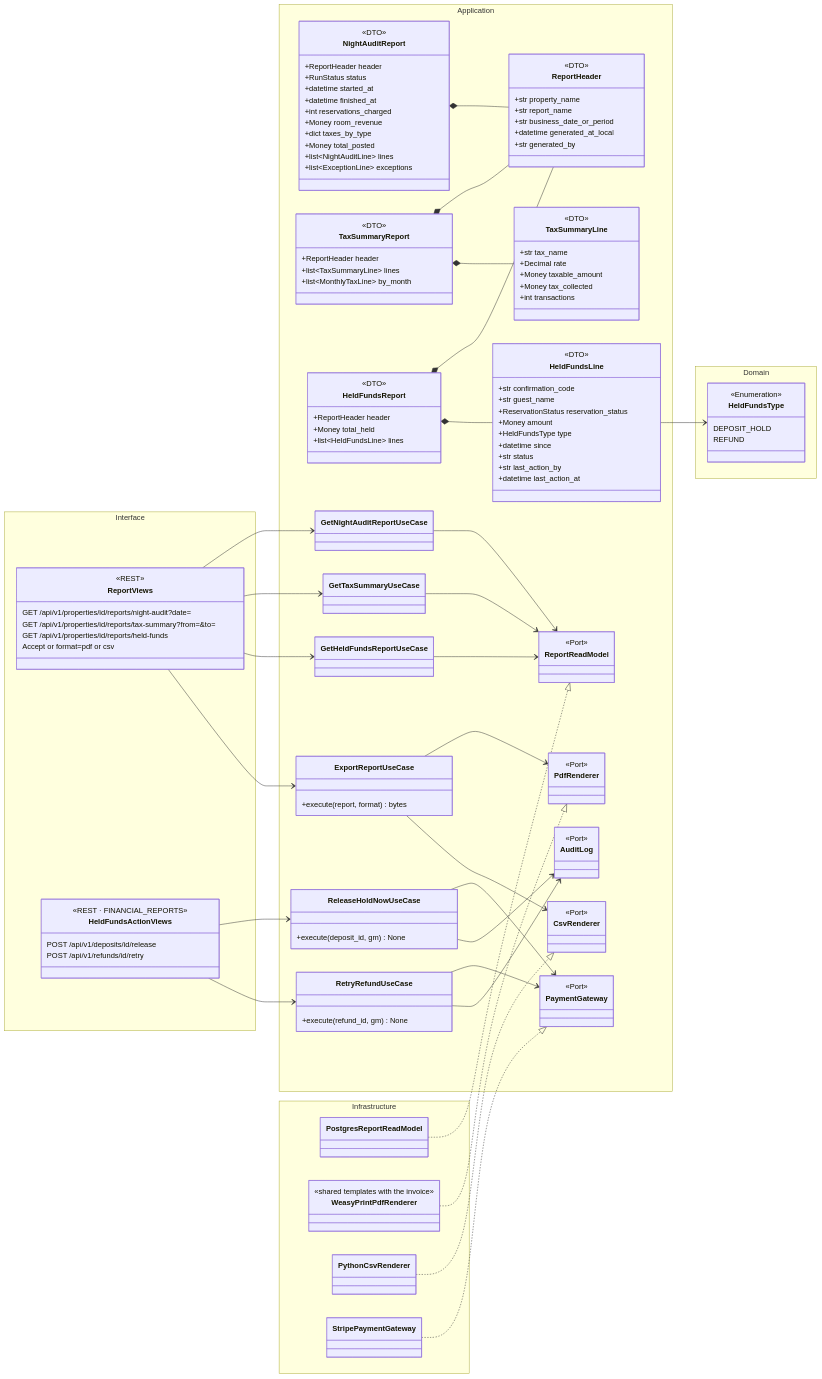
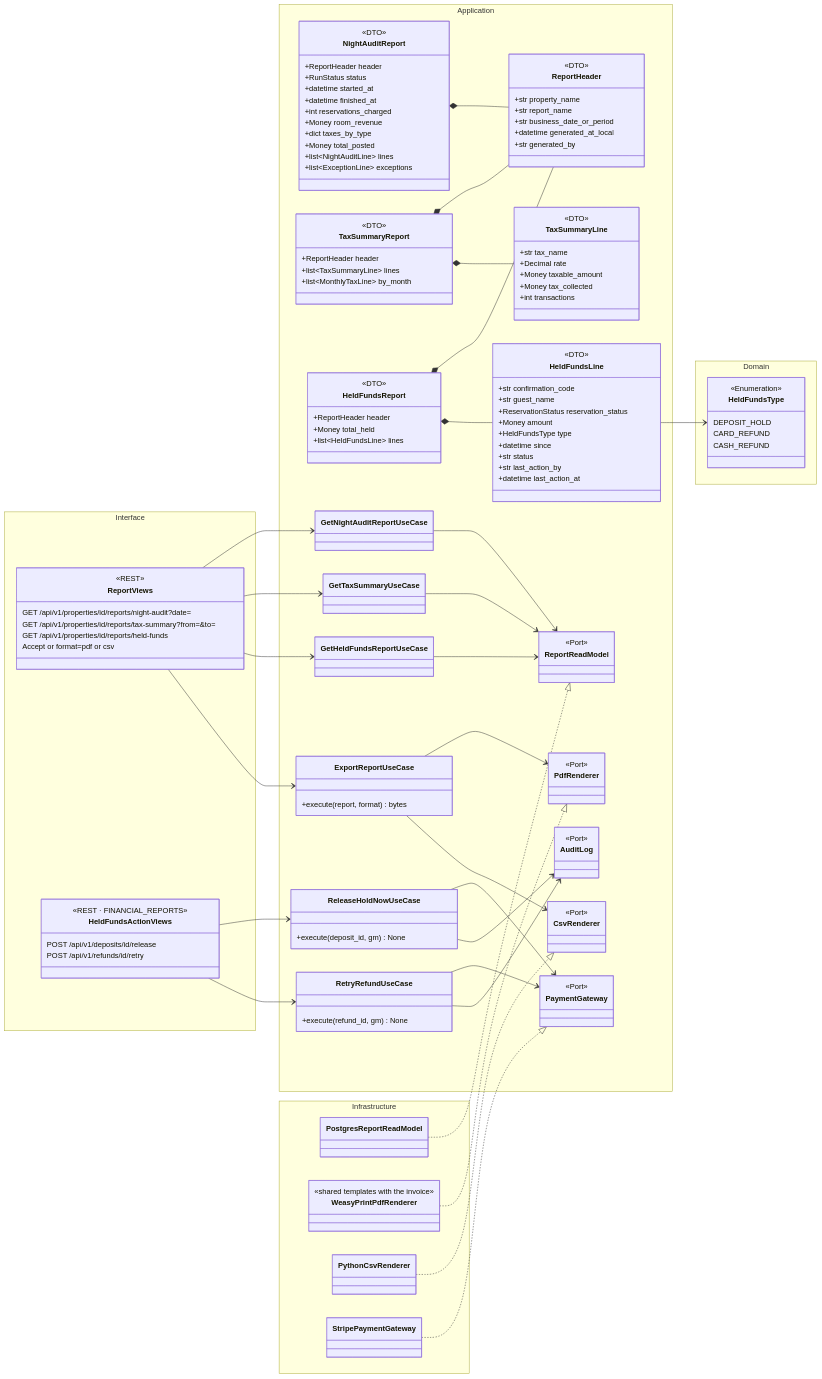
The first of 4 diagrams in docs/Initial Requirements/Diagrams/US-22 - Night Audit and Tax Reports.md (BraceroInSabot/Motel-Starmie), drawn with Mermaid before and after one commit. The commit also changed other lines of this file and 15 other files, not shown here.

```diff
--- a/docs/Initial Requirements/Diagrams/US-22 - Night Audit and Tax Reports.md
+++ b/docs/Initial Requirements/Diagrams/US-22 - Night Audit and Tax Reports.md
@@ -111,7 +112,8 @@
         class HeldFundsType {
             <<Enumeration>>
             DEPOSIT_HOLD
-            REFUND
+            CARD_REFUND
+            CASH_REFUND
         }
     }
 
```
